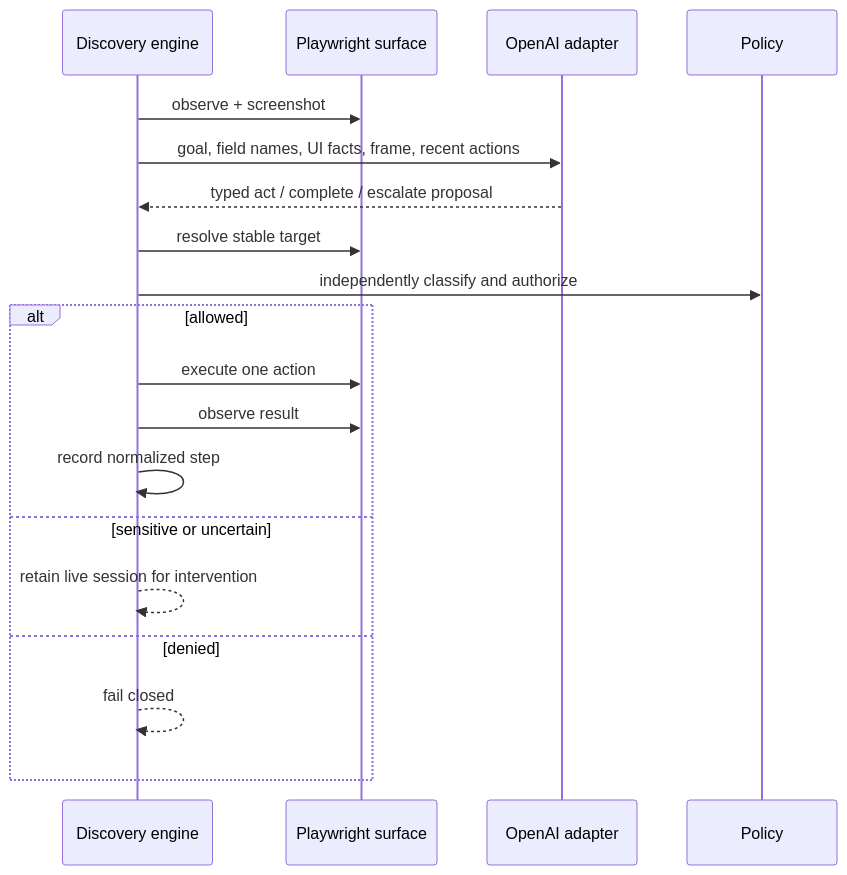
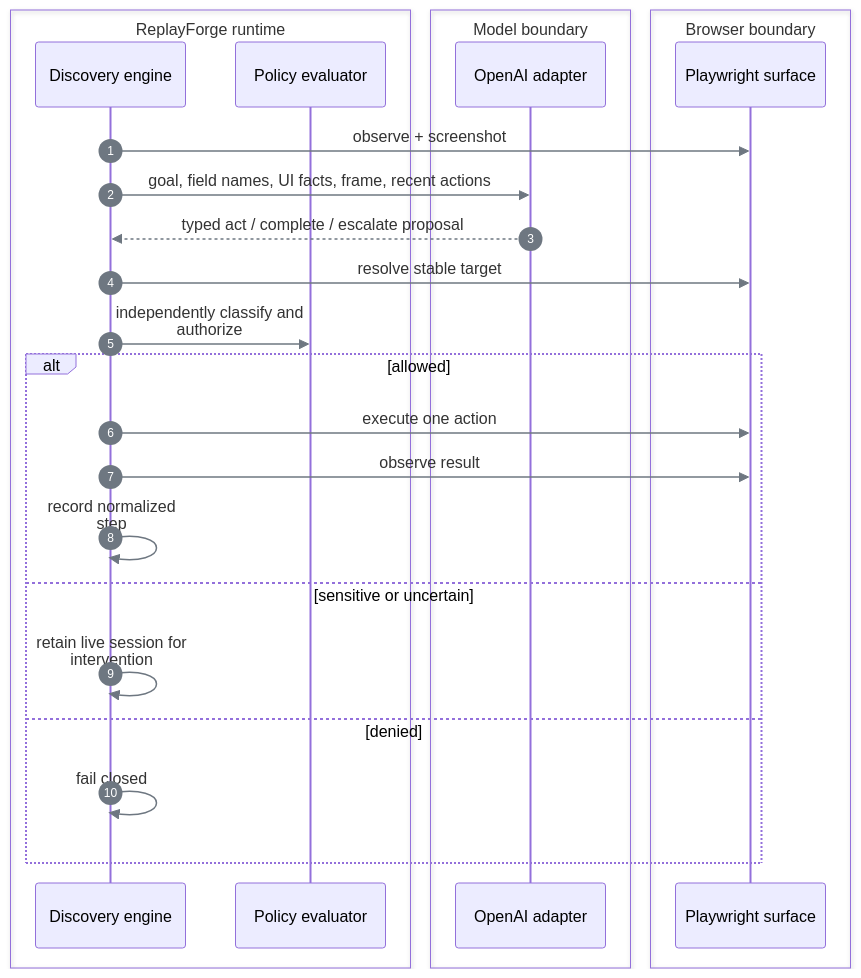
Before and after one commit to SivaTSS/replay-forge: the diagram in docs/discovery.md, drawn with Mermaid. The commit also changed 7 other files, not shown here.

Commit message:
docs: standardize Mermaid diagrams

````diff
--- a/docs/discovery.md
+++ b/docs/discovery.md
@@ -22,21 +22,29 @@
 ```mermaid
+%%{init: {"htmlLabels":false,"themeVariables":{"lineColor":"#6E7781","signalColor":"#6E7781"},"flowchart":{"curve":"linear"},"sequence":{"wrap":true}}}%%
 sequenceDiagram
-    participant E as Discovery engine
-    participant S as Playwright surface
-    participant M as OpenAI adapter
-    participant P as Policy
+    autonumber
+    box ReplayForge runtime
+        participant E as Discovery engine
+        participant P as Policy evaluator
+    end
+    box Model boundary
+        participant M as OpenAI adapter
+    end
+    box Browser boundary
+        participant S as Playwright surface
+    end
     E->>S: observe + screenshot
     E->>M: goal, field names, UI facts, frame, recent actions
     M-->>E: typed act / complete / escalate proposal
     E->>S: resolve stable target
     E->>P: independently classify and authorize
     alt allowed
         E->>S: execute one action
         E->>S: observe result
         E->>E: record normalized step
     else sensitive or uncertain
-        E-->>E: retain live session for intervention
+        E->>E: retain live session for intervention
     else denied
-        E-->>E: fail closed
+        E->>E: fail closed
     end
 ```
````
